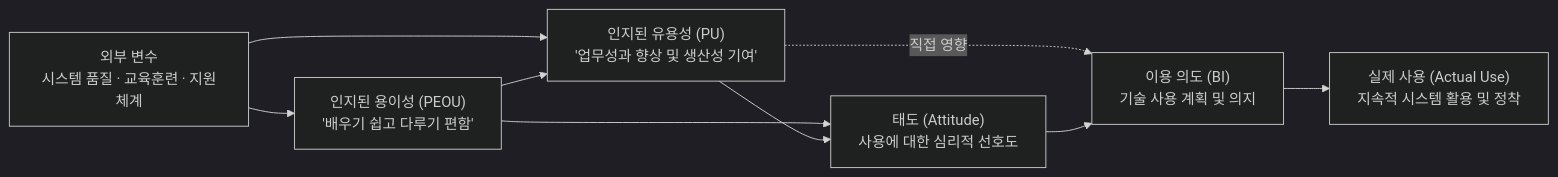
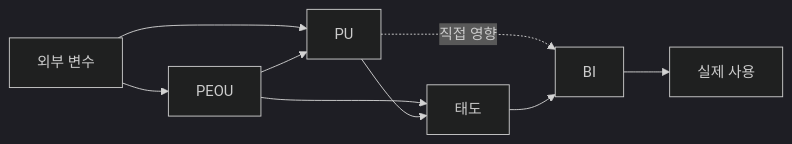
The first of 2 diagrams in src/content/docs/notes/itpe/01-it-strategy/092_technology_acceptance_model.md (agnusdei1207/study), drawn with Mermaid (dark theme) before and after one commit. The commit also changed other lines of this file and 18 other files, not shown here.

````diff
--- a/src/content/docs/notes/itpe/01-it-strategy/092_technology_acceptance_model.md
+++ b/src/content/docs/notes/itpe/01-it-strategy/092_technology_acceptance_model.md
@@ -58,18 +57,11 @@
 ```mermaid
 flowchart LR
-    EXT["외부 변수<br/>시스템 품질 · 교육훈련 · 지원체계"]
-    PEOU["인지된 용이성 (PEOU)<br/>'배우기 쉽고 다루기 편함'"]
-    PU["인지된 유용성 (PU)<br/>'업무성과 향상 및 생산성 기여'"]
-    ATT["태도 (Attitude)<br/>사용에 대한 심리적 선호도"]
-    BI["이용 의도 (BI)<br/>기술 사용 계획 및 의지"]
-    USE["실제 사용 (Actual Use)<br/>지속적 시스템 활용 및 정착"]
-
-    EXT --> PEOU
-    EXT --> PU
+    EXT["외부 변수"] --> PEOU["PEOU"]
+    EXT --> PU["PU"]
     PEOU --> PU
-    PEOU --> ATT
+    PEOU --> ATT["태도"]
     PU --> ATT
-    PU -.->|직접 영향| BI
+    PU -.->|직접 영향| BI["BI"]
     ATT --> BI
-    BI --> USE
+    BI --> USE["실제 사용"]
 ```
````
